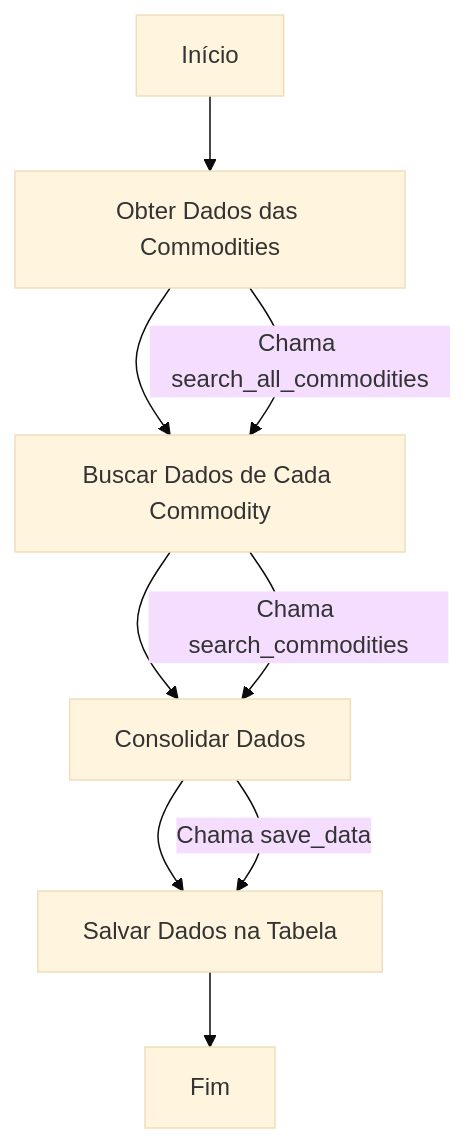
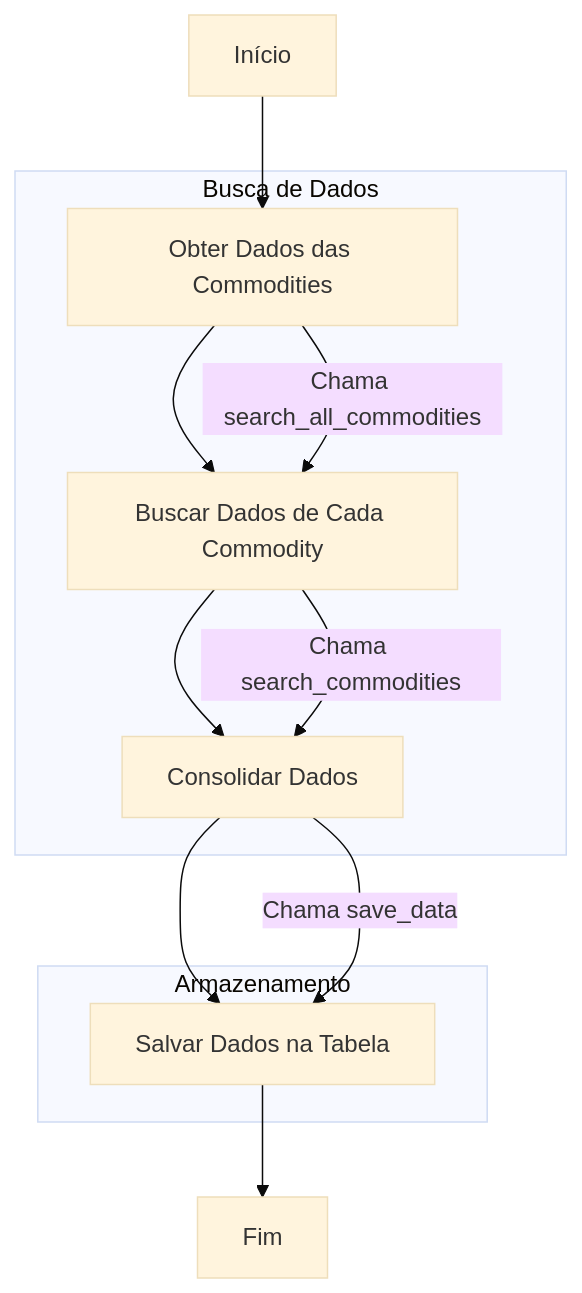
Before and after one commit to Essence999/commodities_data_warehouse: the diagram in README.md, drawn with Mermaid (base theme).

````diff
--- a/README.md
+++ b/README.md
@@ -3,13 +3,21 @@
 ```mermaid
 graph TD
     A[Início] --> B[Obter Dados das Commodities]
-    B --> C[Buscar Dados de Cada Commodity]
-    C --> D[Consolidar Dados]
-    D --> E[Salvar Dados na Tabela]
+
+    subgraph Busca de Dados
+        B --> C[Buscar Dados de Cada Commodity]
+        C --> D[Consolidar Dados]
+    end
+
+    subgraph Armazenamento
+        D --> E[Salvar Dados na Tabela]
+    end
+
     E --> F[Fim]
 
     %% Detalhamento das etapas
     B --> |"Chama search_all_commodities"| C
     C --> |"Chama search_commodities"| D
     D --> |"Chama save_data"| E
+
 ```
````
